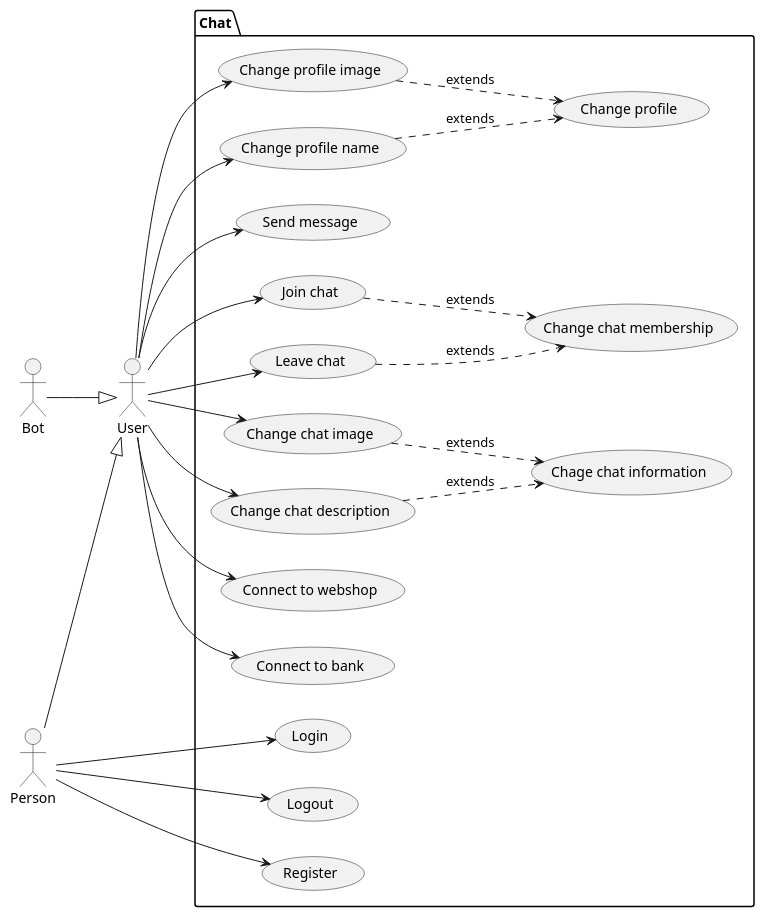
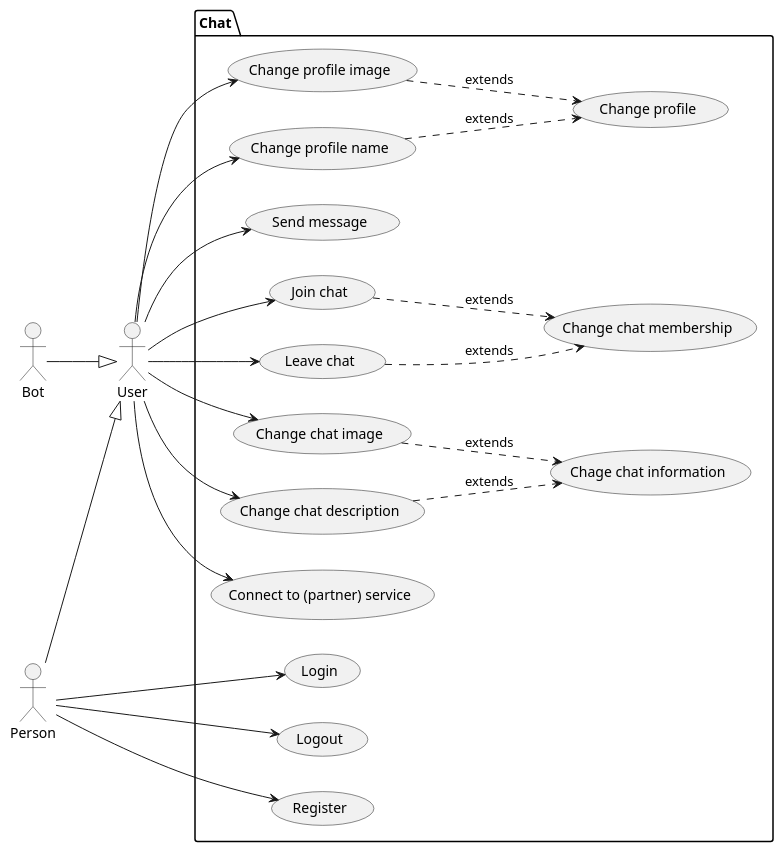
Before and after one commit to bbenno/oth-sw: the diagram in src/doc/uml-usecase.puml, drawn with PlantUML.

Commit message:
Merge usecases "Connect to.."

```diff
--- a/src/doc/uml-usecase.puml
+++ b/src/doc/uml-usecase.puml
@@ -1,54 +1,52 @@
 @startuml chat
 left to right direction
 
 ' actors
 actor "User" as u
 actor "Person" as p
 actor "Bot" as b
 
 ' actor hierarchy
 p -down-|> u
 b -down-|> u
 
 ' use cases
 package "Chat" {
   usecase "Login" as oUC1
   usecase "Logout" as oUC2
   usecase "Register" as oUC3
   usecase "Change profile image" as oUC4
   usecase "Change profile name" as oUC5
   usecase "Change profile" as oeUC1
   oUC4 ..> oeUC1 : extends
   oUC5 ..> oeUC1 : extends
 
   usecase "Send message" as mUC
   ' Chating use cases
   usecase "Join chat" as cUC1
   usecase "Leave chat" as cUC2
   usecase "Change chat membership" as ceUC2
   usecase "Change chat image" as cUC3
   usecase "Change chat description" as cUC4
   usecase "Chage chat information" as ceUC1
   cUC1 ..> ceUC2 : extends
   cUC2 ..> ceUC2 : extends
   cUC3 ..> ceUC1 : extends
   cUC4 ..> ceUC1 : extends
   ' Connecting to partners use cases
-  usecase "Connect to webshop" as pUC1
-  usecase "Connect to bank" as pUC2
+  usecase "Connect to (partner) service" as pUC
 }
 
 '  link actor User with use cases
 p --> oUC1
 p --> oUC2
 p --> oUC3
 u --> oUC4
 u --> oUC5
 u --> mUC
 u --> cUC1
 u --> cUC2
 u --> cUC3
 u --> cUC4
-u --> pUC1
-u --> pUC2
+u --> pUC
 @enduml
```
